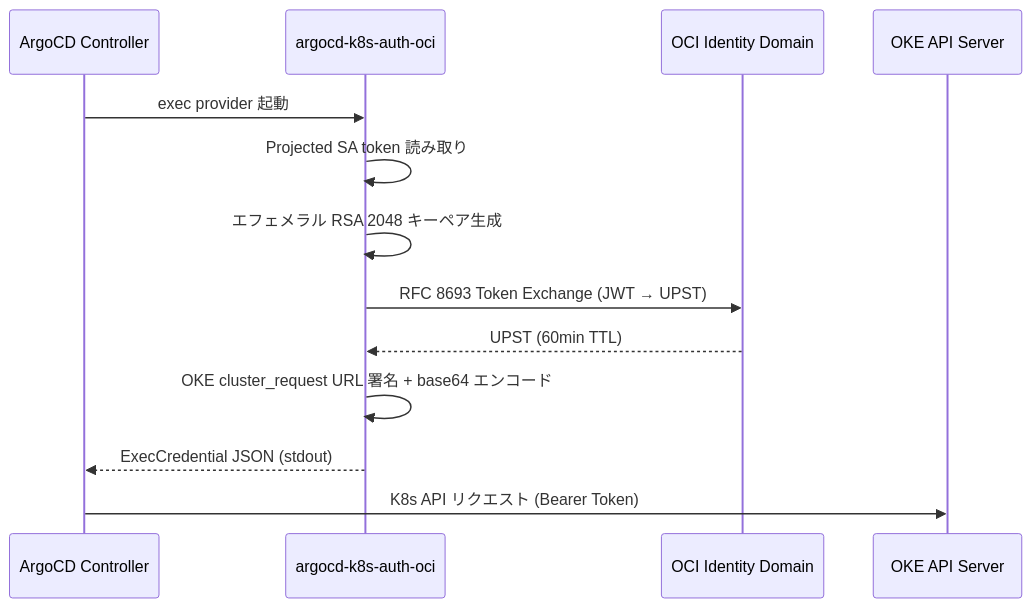
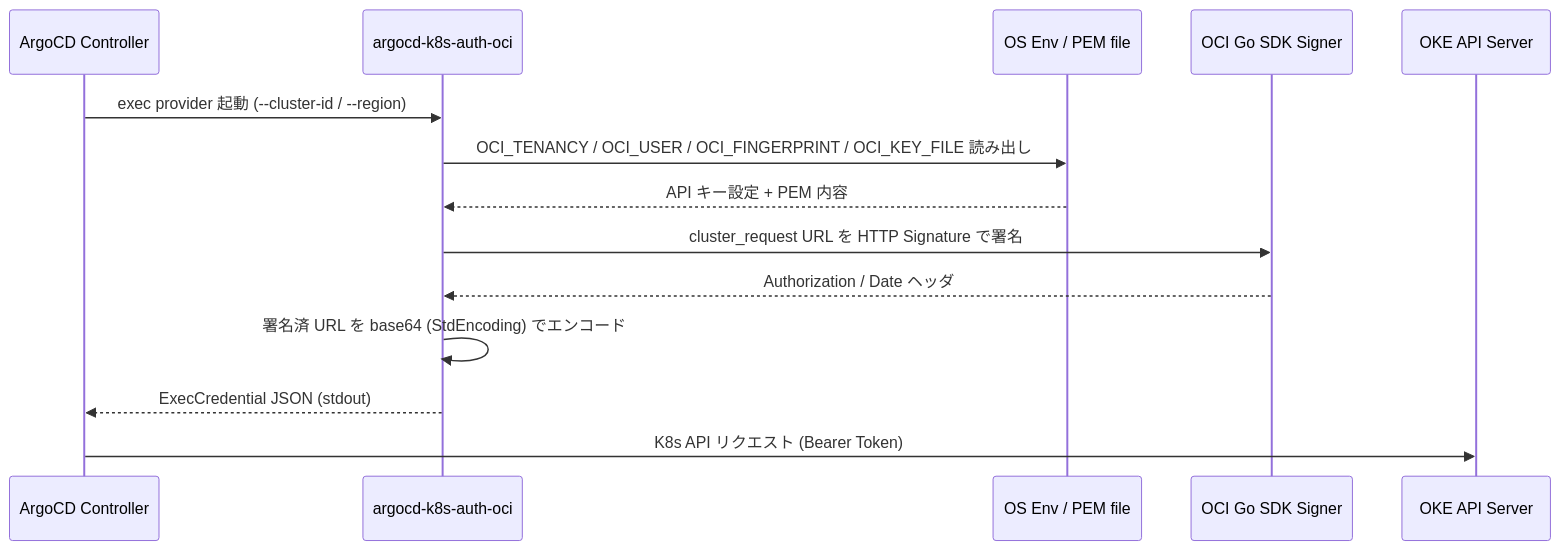
The diagram in README.md (na2na-p/argocd-k8s-auth-oci), drawn with Mermaid before and after one commit. The commit also changed other lines of this file and 12 other files, not shown here.

First line of the commit message:
feat: pivot OCI auth from UPST token exchange to OCI API key signing

````diff
--- a/README.md
+++ b/README.md
@@ -9,16 +13,17 @@
 ```mermaid
 sequenceDiagram
     participant ArgoCD as ArgoCD Controller
     participant Exec as argocd-k8s-auth-oci
-    participant OCIID as OCI Identity Domain
+    participant Env as OS Env / PEM file
+    participant SDK as OCI Go SDK Signer
     participant OKE as OKE API Server
 
-    ArgoCD->>Exec: exec provider 起動
-    Exec->>Exec: Projected SA token 読み取り
-    Exec->>Exec: エフェメラル RSA 2048 キーペア生成
-    Exec->>OCIID: RFC 8693 Token Exchange (JWT → UPST)
-    OCIID-->>Exec: UPST (60min TTL)
-    Exec->>Exec: OKE cluster_request URL 署名 + base64 エンコード
+    ArgoCD->>Exec: exec provider 起動 (--cluster-id / --region)
+    Exec->>Env: OCI_TENANCY / OCI_USER / OCI_FINGERPRINT / OCI_KEY_FILE 読み出し
+    Env-->>Exec: API キー設定 + PEM 内容
+    Exec->>SDK: cluster_request URL を HTTP Signature で署名
+    SDK-->>Exec: Authorization / Date ヘッダ
+    Exec->>Exec: 署名済 URL を base64 (StdEncoding) でエンコード
     Exec-->>ArgoCD: ExecCredential JSON (stdout)
     ArgoCD->>OKE: K8s API リクエスト (Bearer Token)
 ```
````
